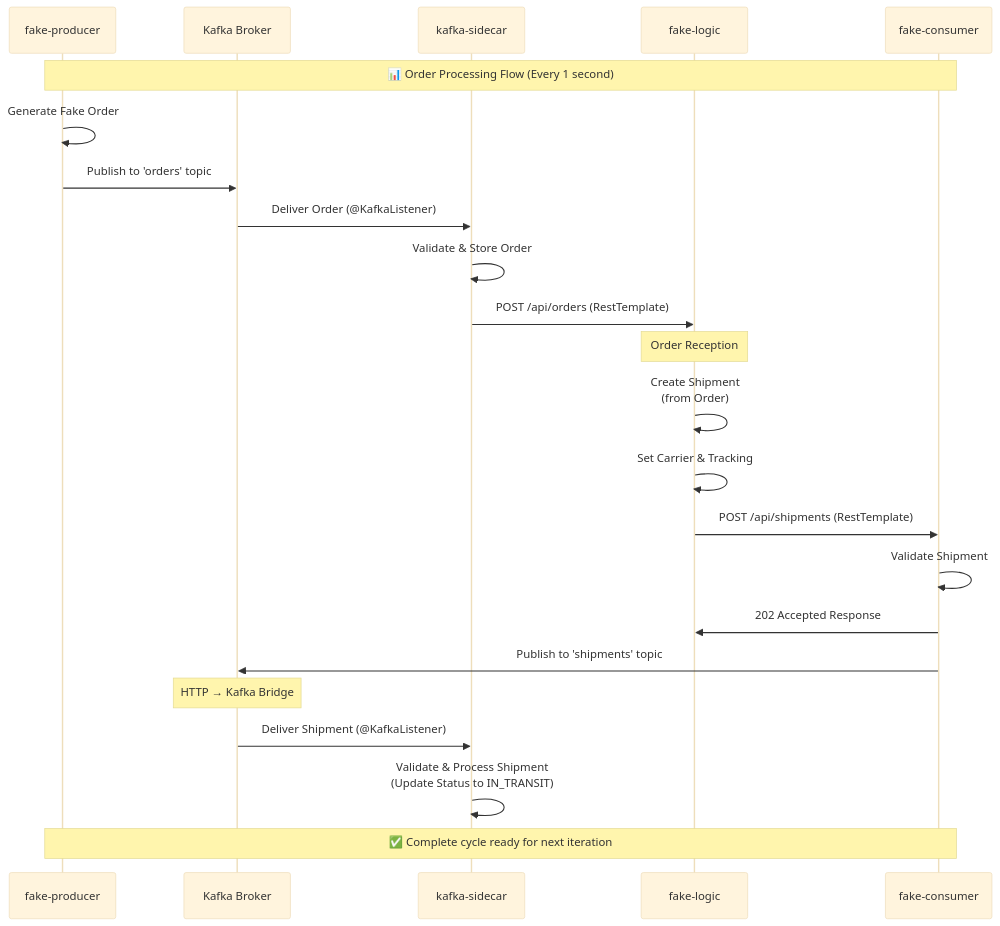
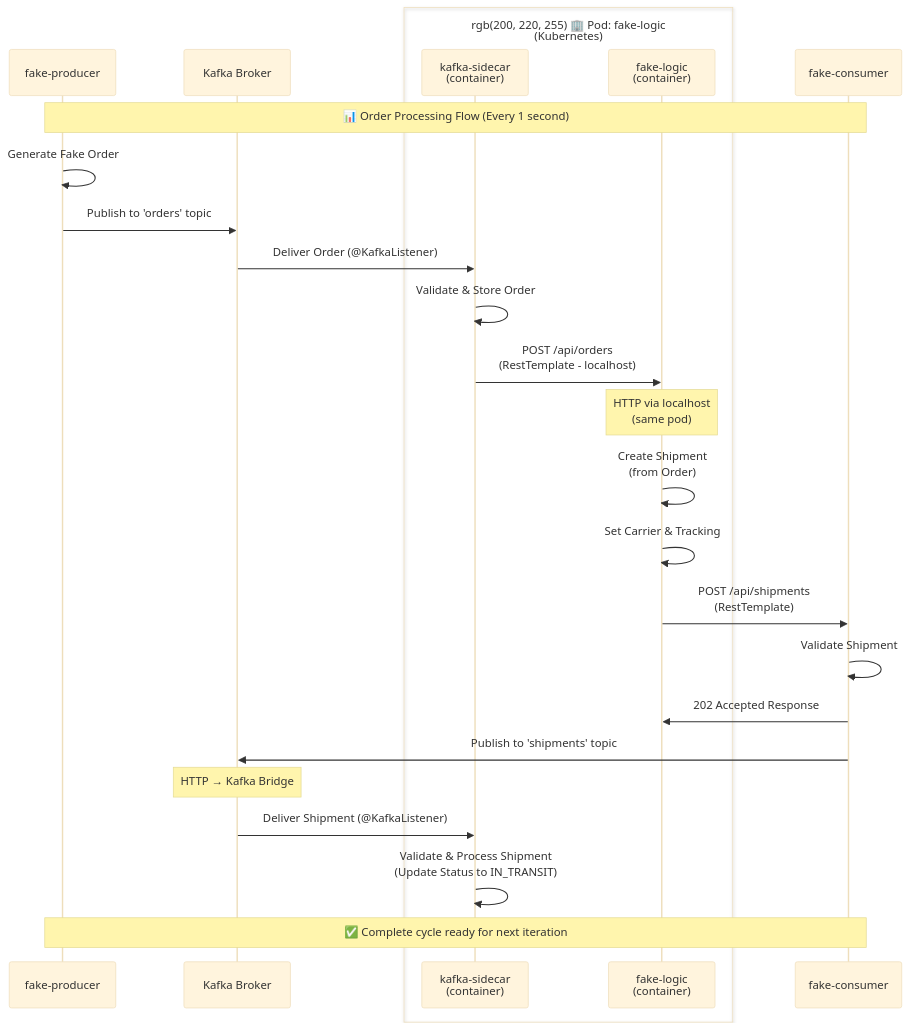
The diagram in README.md (drnow4u/kafka-sidecar), drawn with Mermaid (base theme) before and after one commit.

Commit message:
Spring Boot

````diff
--- a/README.md
+++ b/README.md
@@ -138,41 +138,43 @@
 ```mermaid
 sequenceDiagram
     participant FakeProducer as fake-producer
     participant Kafka as Kafka Broker
-    participant KafkaSidecar as kafka-sidecar
-    participant FakeLogic as fake-logic
+    box rgb(200, 220, 255) 🏢 Pod: fake-logic<br/>(Kubernetes)
+        participant KafkaSidecar as kafka-sidecar<br/>(container)
+        participant FakeLogic as fake-logic<br/>(container)
+    end
     participant FakeConsumer as fake-consumer
 
     Note over FakeProducer,FakeConsumer: 📊 Order Processing Flow (Every 1 second)
 
     %% Step 1: Produce Orders
     FakeProducer->>FakeProducer: Generate Fake Order
     FakeProducer->>Kafka: Publish to 'orders' topic
 
     %% Step 2: Consume Orders
     Kafka->>KafkaSidecar: Deliver Order (@KafkaListener)
     KafkaSidecar->>KafkaSidecar: Validate & Store Order
 
-    %% Step 3: Forward Order via HTTP
-    KafkaSidecar->>FakeLogic: POST /api/orders (RestTemplate)
-    Note over FakeLogic: Order Reception
+    %% Step 3: Forward Order via HTTP (localhost)
+    KafkaSidecar->>FakeLogic: POST /api/orders<br/>(RestTemplate - localhost)
+    Note over FakeLogic: HTTP via localhost<br/>(same pod)
 
     %% Step 4: Create Shipment
     FakeLogic->>FakeLogic: Create Shipment<br/>(from Order)
     FakeLogic->>FakeLogic: Set Carrier & Tracking
 
     %% Step 5: Forward Shipment via HTTP
-    FakeLogic->>FakeConsumer: POST /api/shipments (RestTemplate)
+    FakeLogic->>FakeConsumer: POST /api/shipments<br/>(RestTemplate)
     FakeConsumer->>FakeConsumer: Validate Shipment
     FakeConsumer->>FakeLogic: 202 Accepted Response
 
     %% Step 6: Publish Shipment to Kafka
     FakeConsumer->>Kafka: Publish to 'shipments' topic
     Note over Kafka: HTTP → Kafka Bridge
 
     %% Step 7: Consume Shipments
     Kafka->>KafkaSidecar: Deliver Shipment (@KafkaListener)
     KafkaSidecar->>KafkaSidecar: Validate & Process Shipment<br/>(Update Status to IN_TRANSIT)
 
     Note over FakeProducer,FakeConsumer: ✅ Complete cycle ready for next iteration
 ```
````
